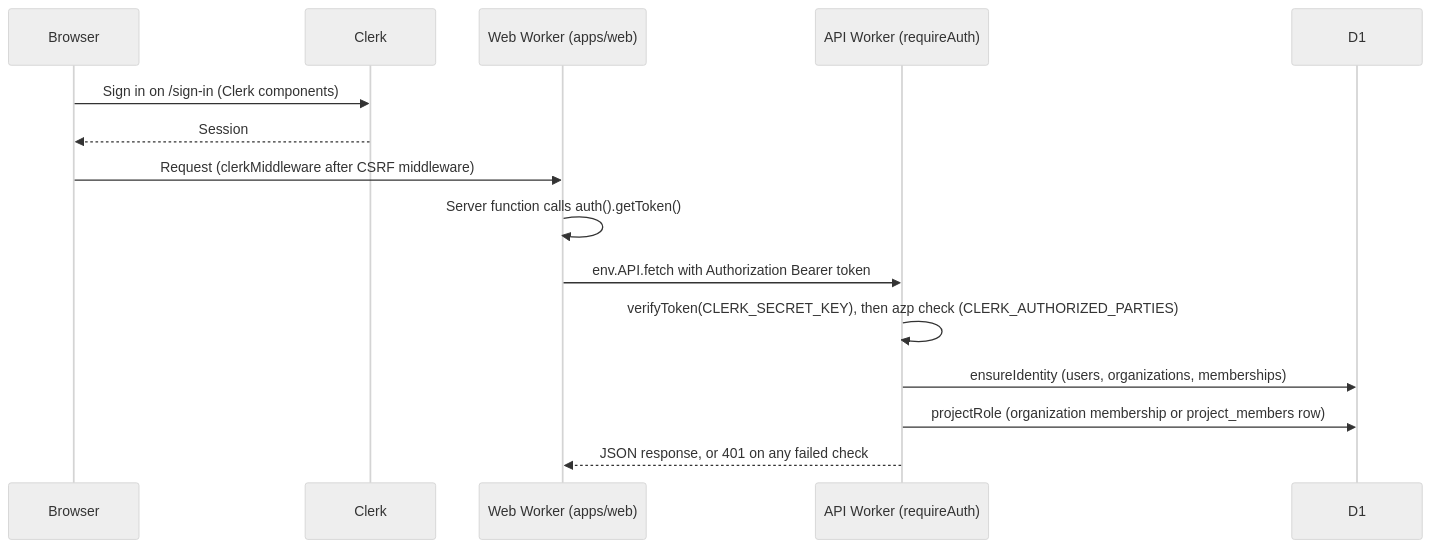
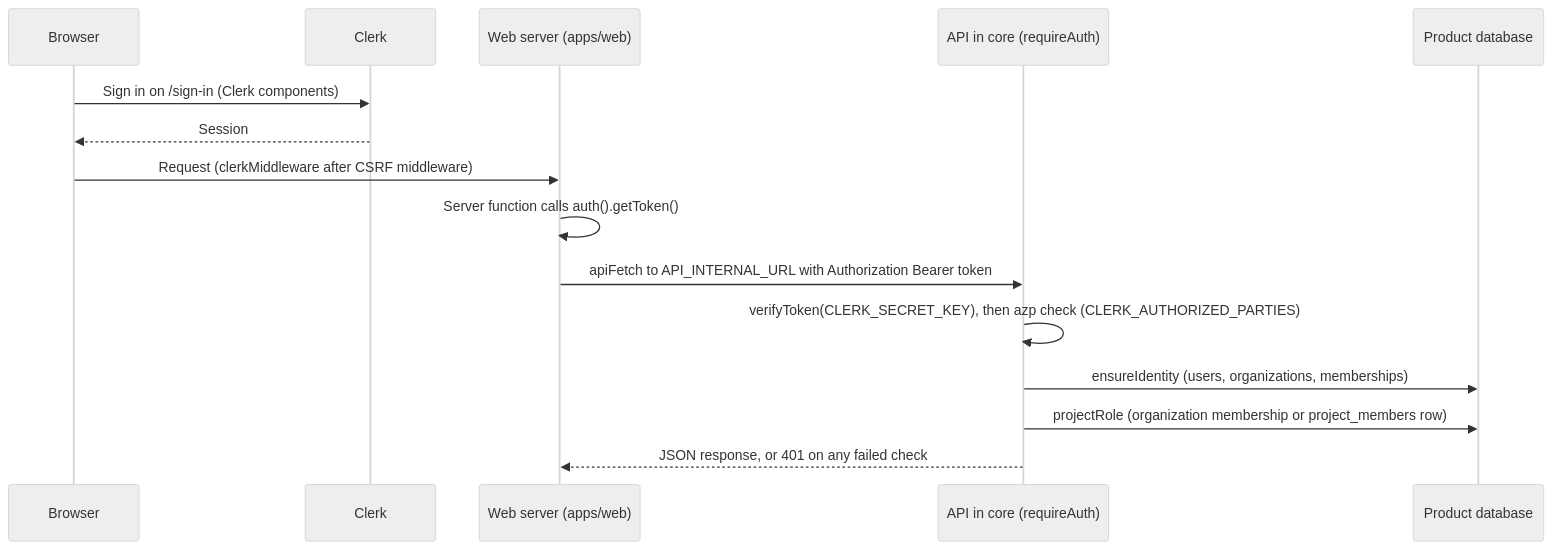
One commit to nsudhanva/rhumbatron changed the diagram in docs/adr/0002-clerk-authentication.md. Above: the diagram before and after it, drawn with Mermaid (neutral theme). The commit also changed other lines of this file and 322 other files, not shown here.

````diff
--- a/docs/adr/0002-clerk-authentication.md
+++ b/docs/adr/0002-clerk-authentication.md
@@ -49,17 +49,17 @@
 ```mermaid
 sequenceDiagram
   participant B as Browser
   participant C as Clerk
-  participant W as Web Worker (apps/web)
-  participant A as API Worker (requireAuth)
-  participant D as D1
+  participant W as Web server (apps/web)
+  participant A as API in core (requireAuth)
+  participant D as Product database
   B->>C: Sign in on /sign-in (Clerk components)
   C-->>B: Session
   B->>W: Request (clerkMiddleware after CSRF middleware)
   W->>W: Server function calls auth().getToken()
-  W->>A: env.API.fetch with Authorization Bearer token
+  W->>A: apiFetch to API_INTERNAL_URL with Authorization Bearer token
   A->>A: verifyToken(CLERK_SECRET_KEY), then azp check (CLERK_AUTHORIZED_PARTIES)
   A->>D: ensureIdentity (users, organizations, memberships)
   A->>D: projectRole (organization membership or project_members row)
   A-->>W: JSON response, or 401 on any failed check
 ```
````
